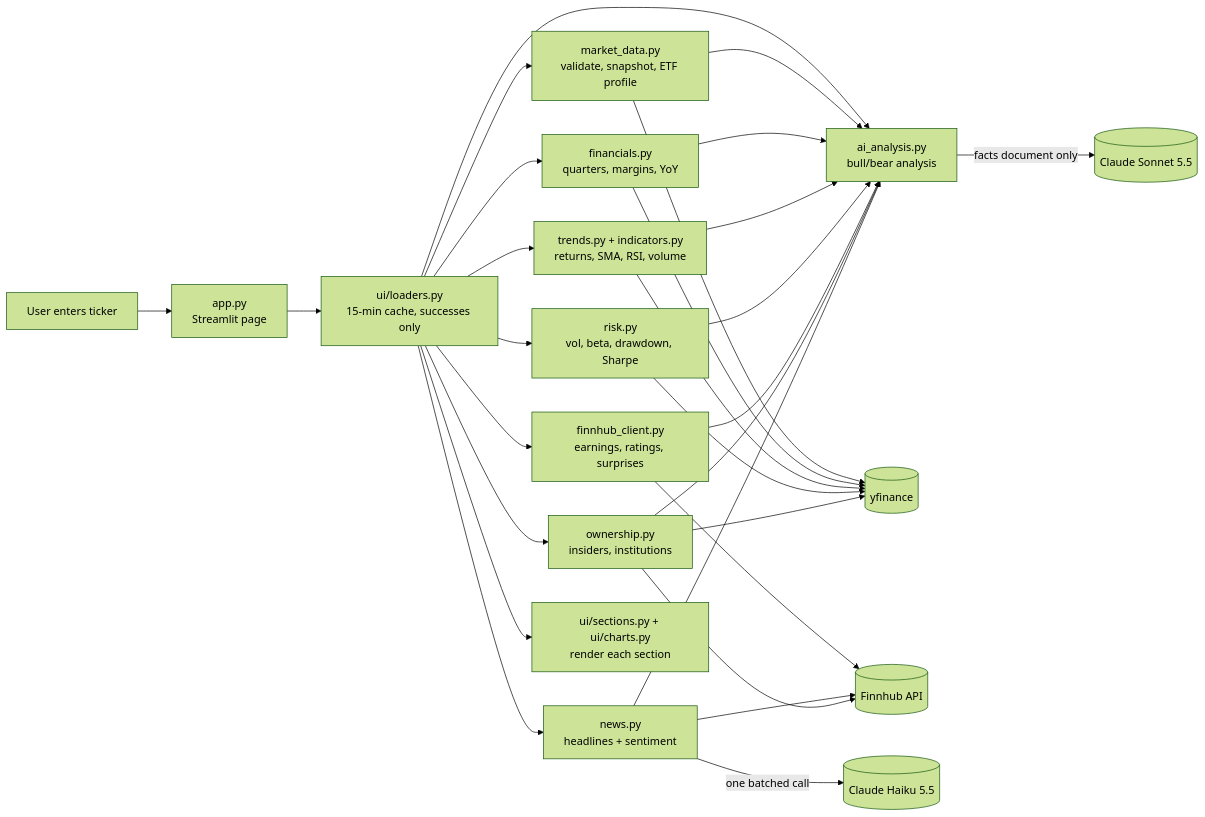
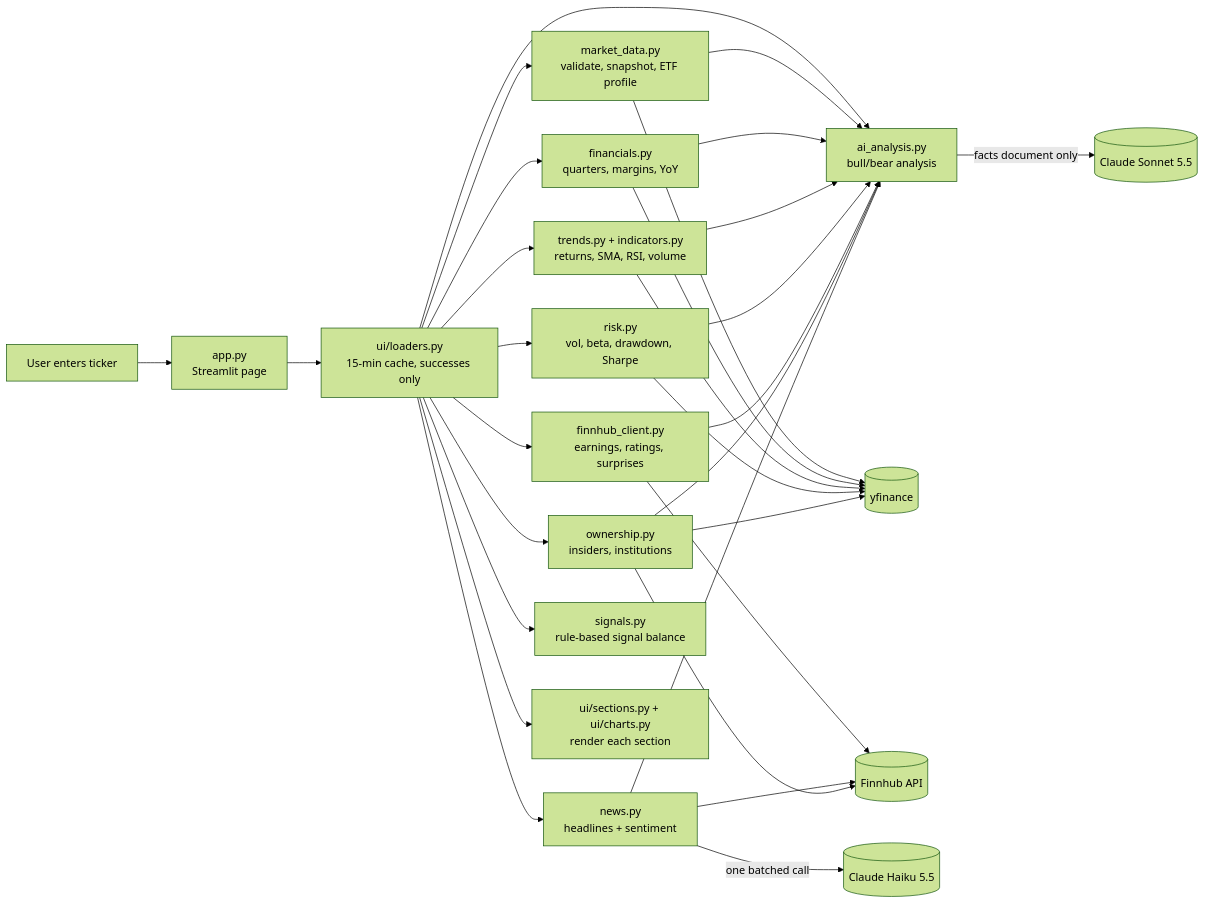
Before and after one commit to nathanielmarvyn/stock-research-assistant: the diagram in README.md, drawn with Mermaid (forest theme). The commit also changed other lines of this file and 7 other files, not shown here.

First line of the commit message:
Add Classic research theme and interactive signal balance

````diff
--- a/README.md
+++ b/README.md
@@ -46,23 +47,24 @@
 ```mermaid
 flowchart LR
     U[User enters ticker] --> APP[app.py<br/>Streamlit page]
     APP --> L[ui/loaders.py<br/>15-min cache, successes only]
 
     L --> MD[market_data.py<br/>validate, snapshot, ETF profile]
     L --> FIN[financials.py<br/>quarters, margins, YoY]
     L --> TR[trends.py + indicators.py<br/>returns, SMA, RSI, volume]
     L --> RK[risk.py<br/>vol, beta, drawdown, Sharpe]
     L --> FH[finnhub_client.py<br/>earnings, ratings, surprises]
     L --> OW[ownership.py<br/>insiders, institutions]
     L --> NW[news.py<br/>headlines + sentiment]
     L --> AI[ai_analysis.py<br/>bull/bear analysis]
+    L --> SG[signals.py<br/>rule-based signal balance]
 
     MD & FIN & TR & RK --> YF[(yfinance)]
     FH & NW & OW --> FHAPI[(Finnhub API)]
     OW --> YF
     NW -->|one batched call| HAIKU[(Claude Haiku 5.5)]
     AI -->|facts document only| SONNET[(Claude Sonnet 5.5)]
 
     MD & FIN & TR & RK & FH & OW & NW --> AI
     L --> UI[ui/sections.py + ui/charts.py<br/>render each section]
 ```
````
